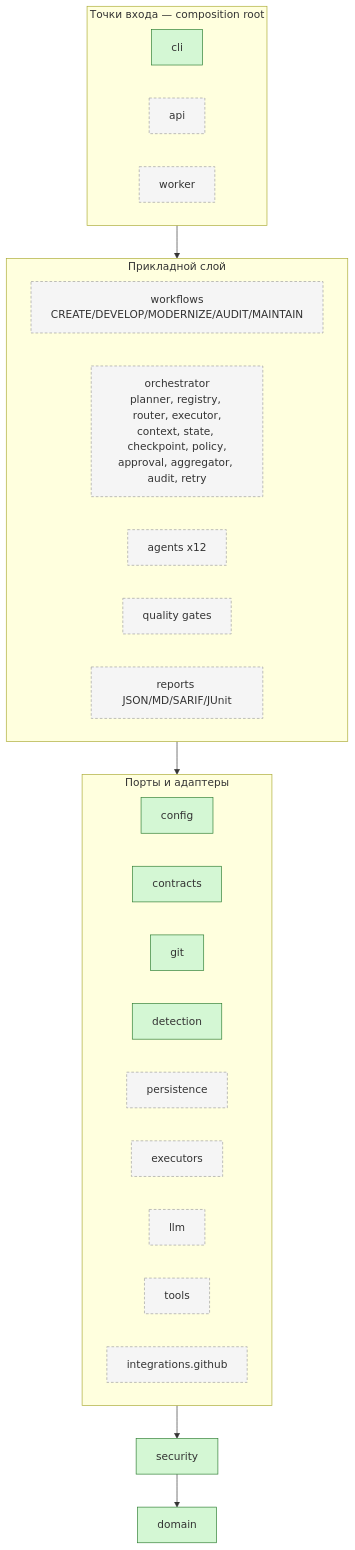
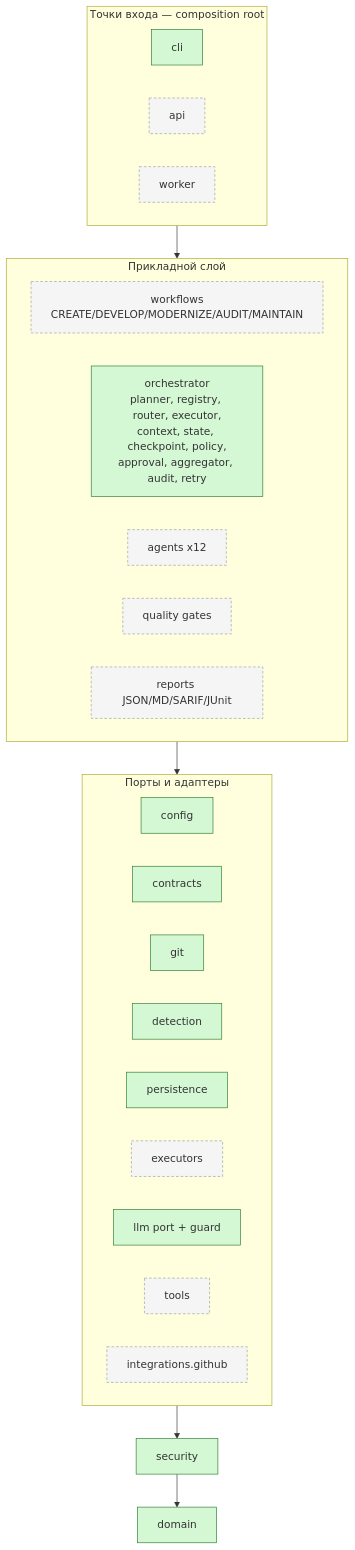
The second of 5 diagrams in docs/architecture/overview.md (aitmaganbetov/ai-coding-platform), drawn with Mermaid before and after one commit. The commit also changed other lines of this file and 76 other files, not shown here.

````diff
--- a/docs/architecture/overview.md
+++ b/docs/architecture/overview.md
@@ -47,32 +47,32 @@
 ```mermaid
 flowchart TB
     subgraph Entry[Точки входа — composition root]
         cli[cli]:::done
         api[api]:::todo
         worker[worker]:::todo
     end
     subgraph App[Прикладной слой]
         workflows[workflows<br/>CREATE/DEVELOP/MODERNIZE/AUDIT/MAINTAIN]:::todo
-        orchestrator[orchestrator<br/>planner, registry, router, executor,<br/>context, state, checkpoint, policy,<br/>approval, aggregator, audit, retry]:::todo
+        orchestrator[orchestrator<br/>planner, registry, router, executor,<br/>context, state, checkpoint, policy,<br/>approval, aggregator, audit, retry]:::done
         agents[agents x12]:::todo
         quality[quality gates]:::todo
         reports[reports JSON/MD/SARIF/JUnit]:::todo
     end
     subgraph Ports[Порты и адаптеры]
         config[config]:::done
         contracts[contracts]:::done
         git[git]:::done
         detection[detection]:::done
-        persistence[persistence]:::todo
+        persistence[persistence]:::done
         executors[executors]:::todo
-        llm[llm]:::todo
+        llm[llm port + guard]:::done
         tools[tools]:::todo
         github[integrations.github]:::todo
     end
     security[security]:::done
     domain[domain]:::done
 
     Entry --> App --> Ports --> security --> domain
     classDef done fill:#d4f7d4,stroke:#2e7d32;
     classDef todo fill:#f5f5f5,stroke:#9e9e9e,stroke-dasharray: 4 3;
 ```
````
